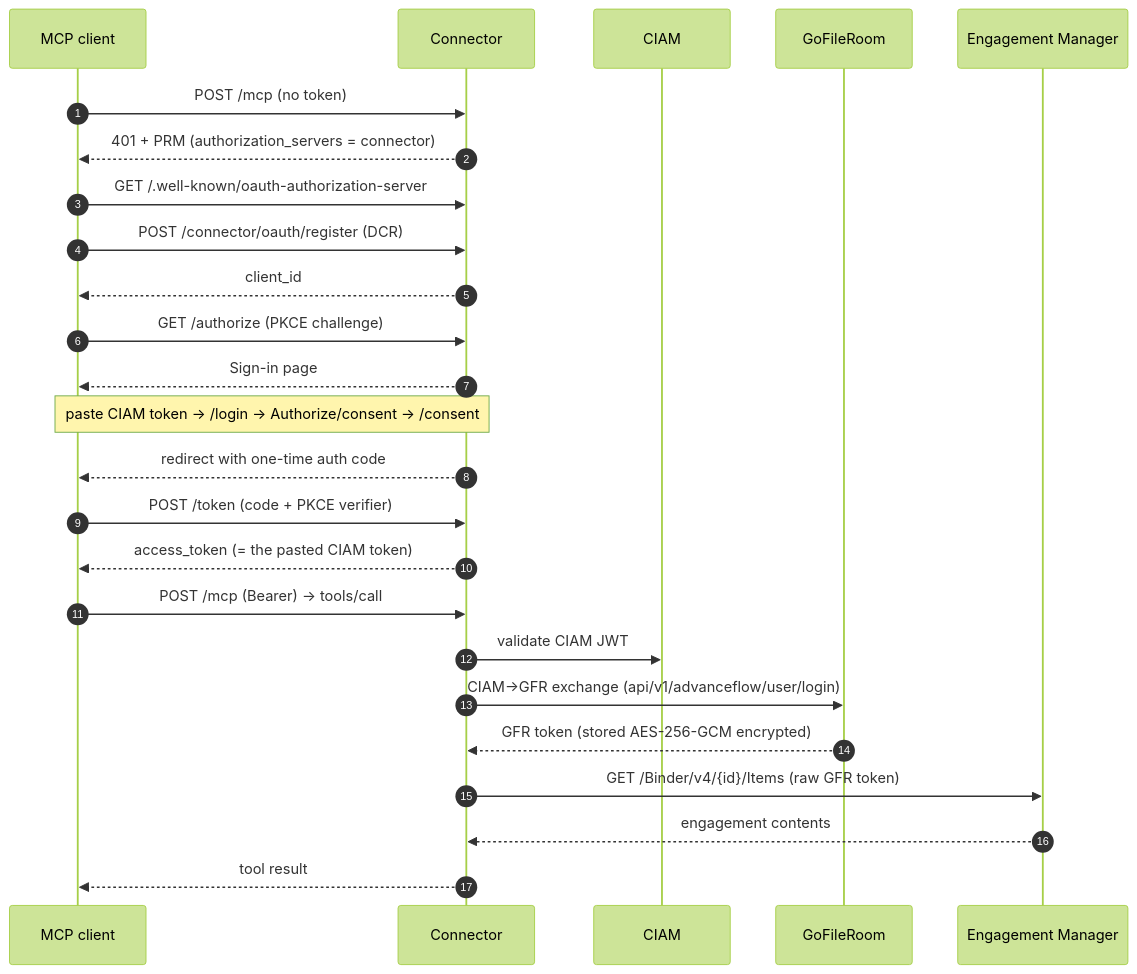
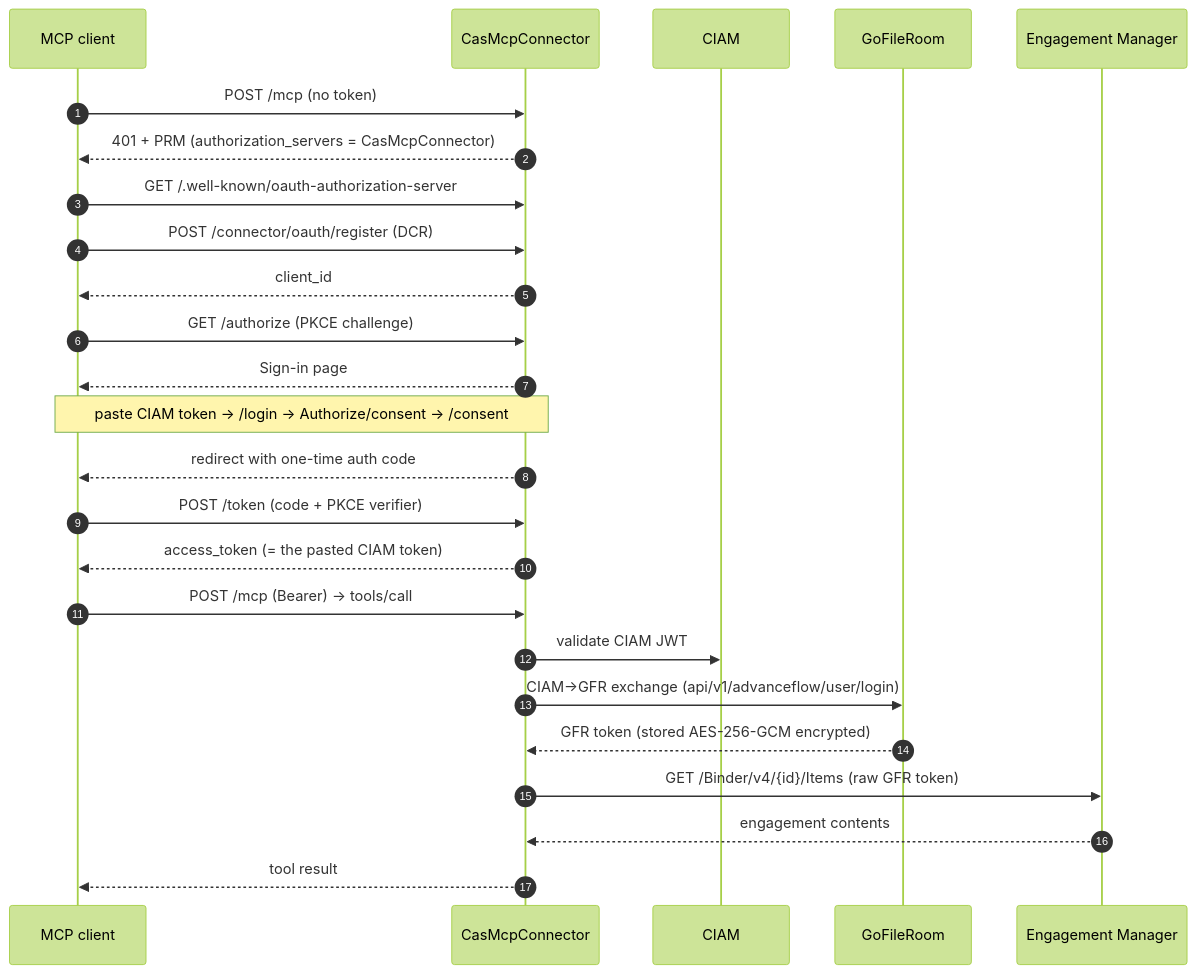
One commit to JayLathiaTR/cas-mcp-connector changed the third of 3 diagrams in docs/architecture.md. Above: the diagram before and after it, drawn with Mermaid (forest theme). The commit also changed other lines of this file, not shown here.

Commit message:
docs: add C4 container view; rename diagram label to CasMcpConnector

````diff
--- a/docs/architecture.md
+++ b/docs/architecture.md
@@ -38,28 +62,28 @@
 ```mermaid
 sequenceDiagram
     autonumber
     participant C as MCP client
-    participant K as Connector
+    participant K as CasMcpConnector
     participant CIAM as CIAM
     participant GFR as GoFileRoom
     participant EM as Engagement Manager
 
     C->>K: POST /mcp (no token)
-    K-->>C: 401 + PRM (authorization_servers = connector)
+    K-->>C: 401 + PRM (authorization_servers = CasMcpConnector)
     C->>K: GET /.well-known/oauth-authorization-server
     C->>K: POST /connector/oauth/register (DCR)
     K-->>C: client_id
     C->>K: GET /authorize (PKCE challenge)
     K-->>C: Sign-in page
     Note over C,K: paste CIAM token → /login → Authorize/consent → /consent
     K-->>C: redirect with one-time auth code
     C->>K: POST /token (code + PKCE verifier)
     K-->>C: access_token (= the pasted CIAM token)
     C->>K: POST /mcp (Bearer) → tools/call
     K->>CIAM: validate CIAM JWT
     K->>GFR: CIAM→GFR exchange (api/v1/advanceflow/user/login)
     GFR-->>K: GFR token (stored AES-256-GCM encrypted)
     K->>EM: GET /Binder/v4/{id}/Items (raw GFR token)
     EM-->>K: engagement contents
     K-->>C: tool result
 ```
````
